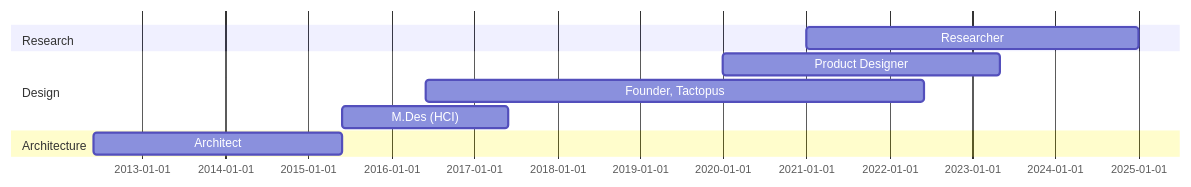
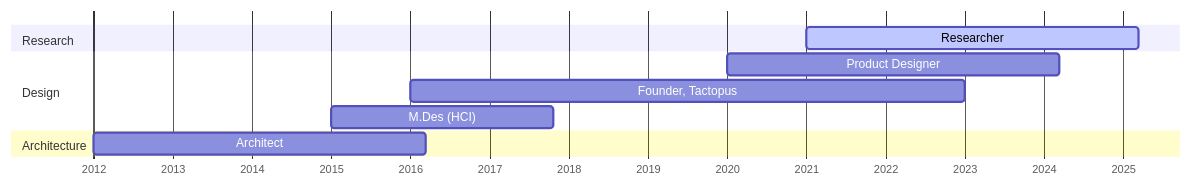
One commit to dialectic-lab/C-drive changed the diagram in content/index.md. Above: the diagram before and after it, drawn with Mermaid. The commit also changed 3 other files, not shown here.

Commit message:
mermaid chart

````diff
--- a/content/index.md
+++ b/content/index.md
@@ -16,15 +16,15 @@
 ```mermaid
 	gantt
-    dateFormat  YYYY-MM-DD
-    tickInterval 1year
+    dateFormat  YYYY
+    axisFormat %Y
     excludes    weekends
     todayMarker stroke-width:2px,stroke:#0f0,opacity:0.5
     section Research
-        Researcher         :2021-01-01, 2025-01-01
+        Researcher         :active, 2021, 2024
     section Design
-        Product Designer   : 2020-01-01, 2023-05-01
-        Founder, Tactopus : 2016-06-01, 2022-06-01
-        M.Des (HCI)            :b1, 2015-06-01, 2017-06-01
+        Product Designer   :2020, 2023
+	    Founder, Tactopus  :2016, 2021
+        M.Des (HCI)        :2015, 2017
     section Architecture
-	    Architect         :2012-06-01, 2015-06-01
+	    Architect         :2012, 2015
 ```
````
